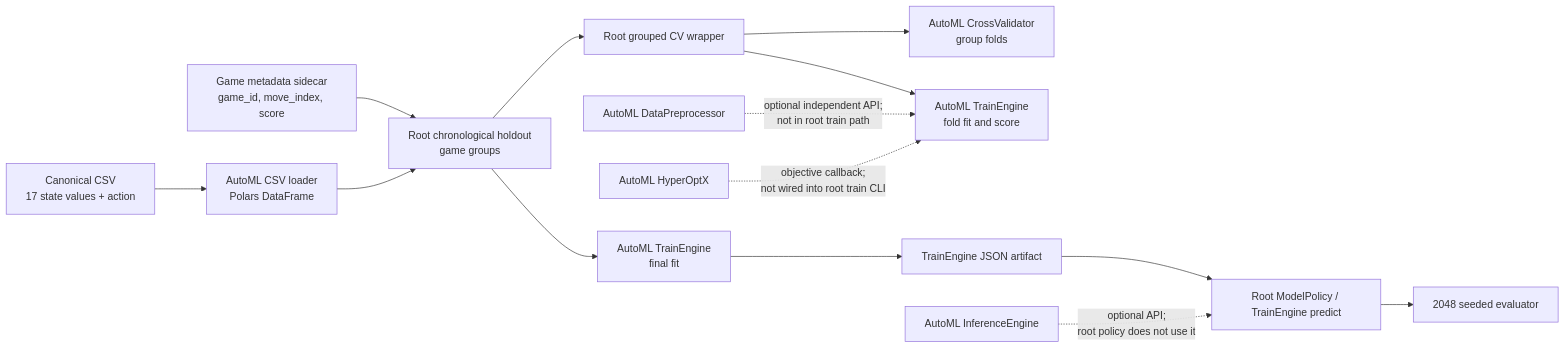
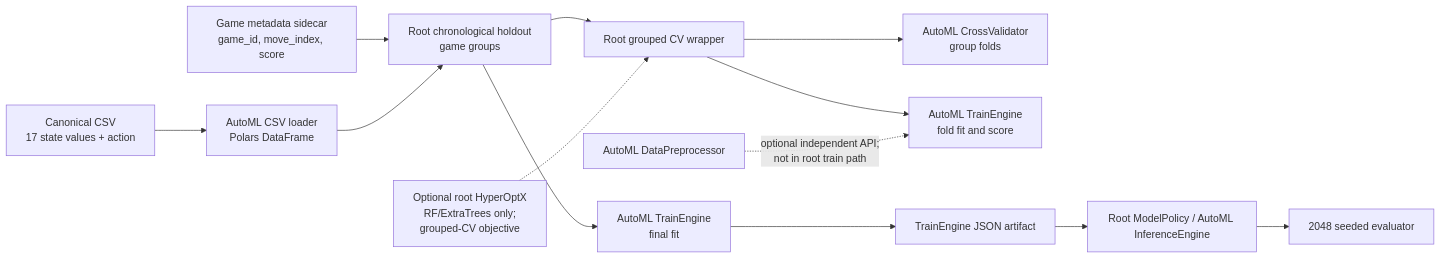
One commit to Evintkoo/2048-ml changed the diagram in plans/01-Infrastructure/01-Project/04-framework-architecture.md. Above: the diagram before and after it, drawn with Mermaid. The commit also changed other lines of this file and 1 other file, not shown here.

Commit message:
Refresh AutoML architecture integration audit

````diff
--- a/plans/01-Infrastructure/01-Project/04-framework-architecture.md
+++ b/plans/01-Infrastructure/01-Project/04-framework-architecture.md
@@ -30,17 +31,16 @@
 ```mermaid
 flowchart LR
     CSV[Canonical CSV<br/>17 state values + action] --> LOAD[AutoML CSV loader<br/>Polars DataFrame]
     META[Game metadata sidecar<br/>game_id, move_index, score] -->
         SPLIT[Root chronological holdout<br/>game groups]
     LOAD --> SPLIT
     SPLIT --> CV[Root grouped CV wrapper]
     CV --> CVAPI[AutoML CrossValidator<br/>group folds]
     CV --> FIT[AutoML TrainEngine<br/>fold fit and score]
+    OPT[Optional root HyperOptX<br/>RF/ExtraTrees only;<br/>grouped-CV objective] -.-> CV
     SPLIT --> FITFINAL[AutoML TrainEngine<br/>final fit]
     FITFINAL --> MODEL[TrainEngine JSON artifact]
-    MODEL --> PRED[Root ModelPolicy / TrainEngine predict]
+    MODEL --> PRED[Root ModelPolicy / AutoML InferenceEngine]
     PRED --> GAME[2048 seeded evaluator]
     PRE[AutoML DataPreprocessor] -. optional independent API;<br/>not in root train path .-> FIT
-    OPT[AutoML HyperOptX] -. objective callback;<br/>not wired into root train CLI .-> FIT
-    INF[AutoML InferenceEngine] -. optional API;<br/>root policy does not use it .-> PRED
 ```
````
